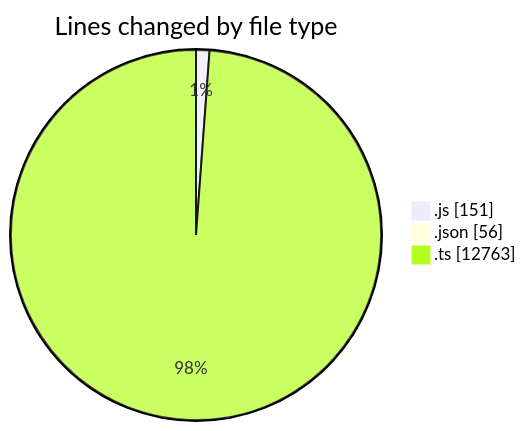
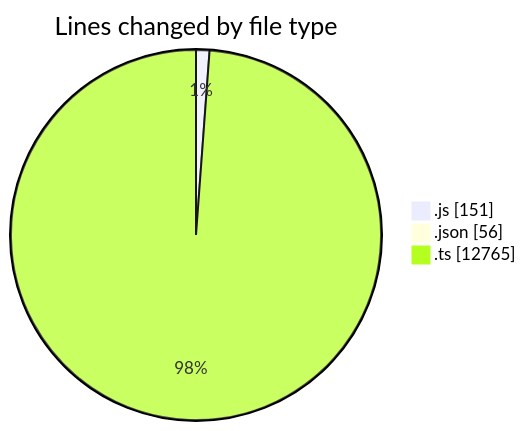
One commit to momahboobian/code-tracking changed the first of 2 diagrams in 2025-09-04/cda/README.md. Above: the diagram before and after it, drawn with Mermaid. The commit also changed other lines of this file and 1 other file, not shown here.

````diff
--- a/2025-09-04/cda/README.md
+++ b/2025-09-04/cda/README.md
@@ -29,7 +29,7 @@
 ```mermaid
 pie showData
 title Lines changed by file type
 ".js" : 151
 ".json" : 56
-".ts" : 12763
+".ts" : 12765
 ```
````
